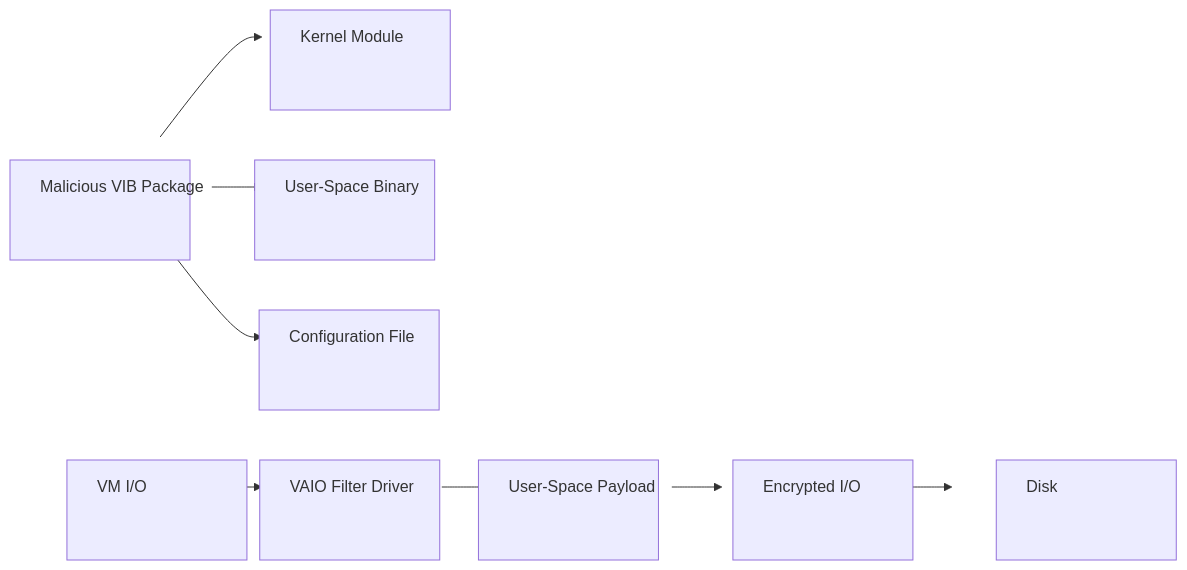
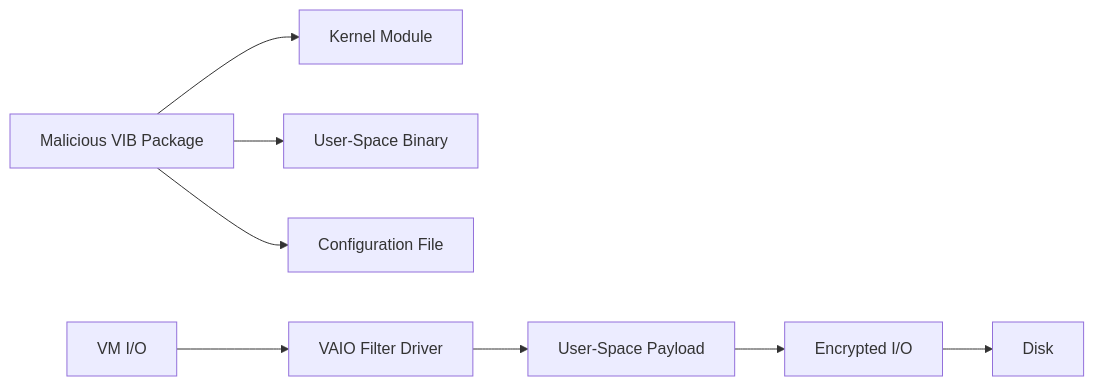
The third of 5 diagrams in _posts/2025-10-25-ESXi-Hypervisor-level-Attacks-and-Techniques.md (win64k/win64k.github.io), drawn with Mermaid before and after one commit. The commit also changed other lines of this file, not shown here.

````diff
--- a/_posts/2025-10-25-ESXi-Hypervisor-level-Attacks-and-Techniques.md
+++ b/_posts/2025-10-25-ESXi-Hypervisor-level-Attacks-and-Techniques.md
@@ -117,24 +113,22 @@
 ```mermaid
 flowchart LR
     VIB["Malicious VIB Package"]
     MOD["Kernel Module"]
     BIN["User-Space Binary"]
     CFG["Configuration File"]
 
     VM["VM I/O"]
     FILTER["VAIO Filter Driver"]
     DAEMON["User-Space Payload"]
     ENCRYPT["Encrypted I/O"]
     DISK["Disk"]
 
     %% Component tree
     VIB --> MOD
     VIB --> BIN
     VIB --> CFG
 
     %% Attack flow
     VM --> FILTER --> DAEMON --> ENCRYPT --> DISK
 
-    %% Make nodes larger
-    classDef default width:180px,height:100px
 ```
````
